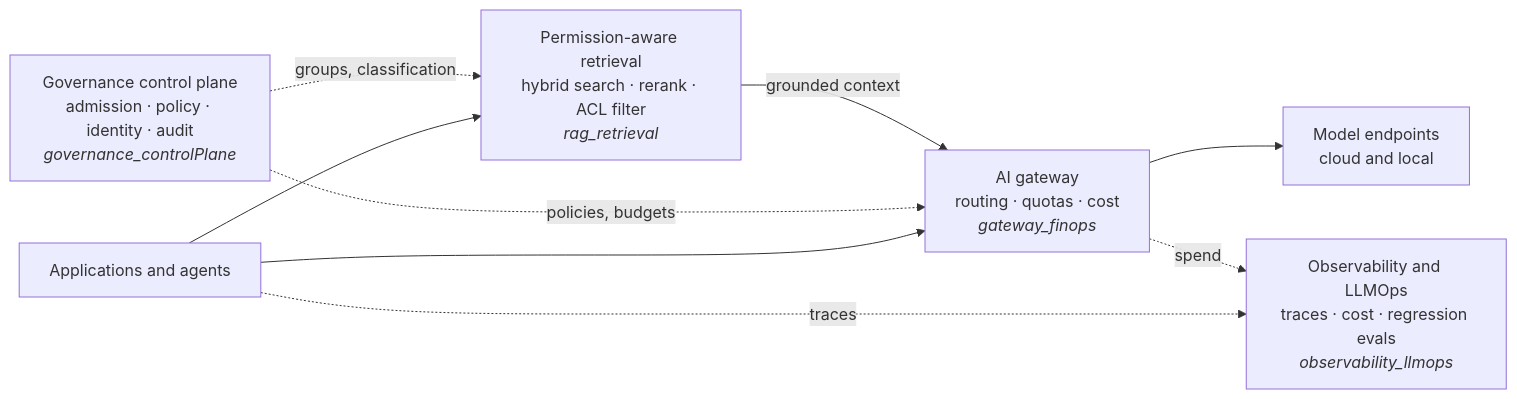
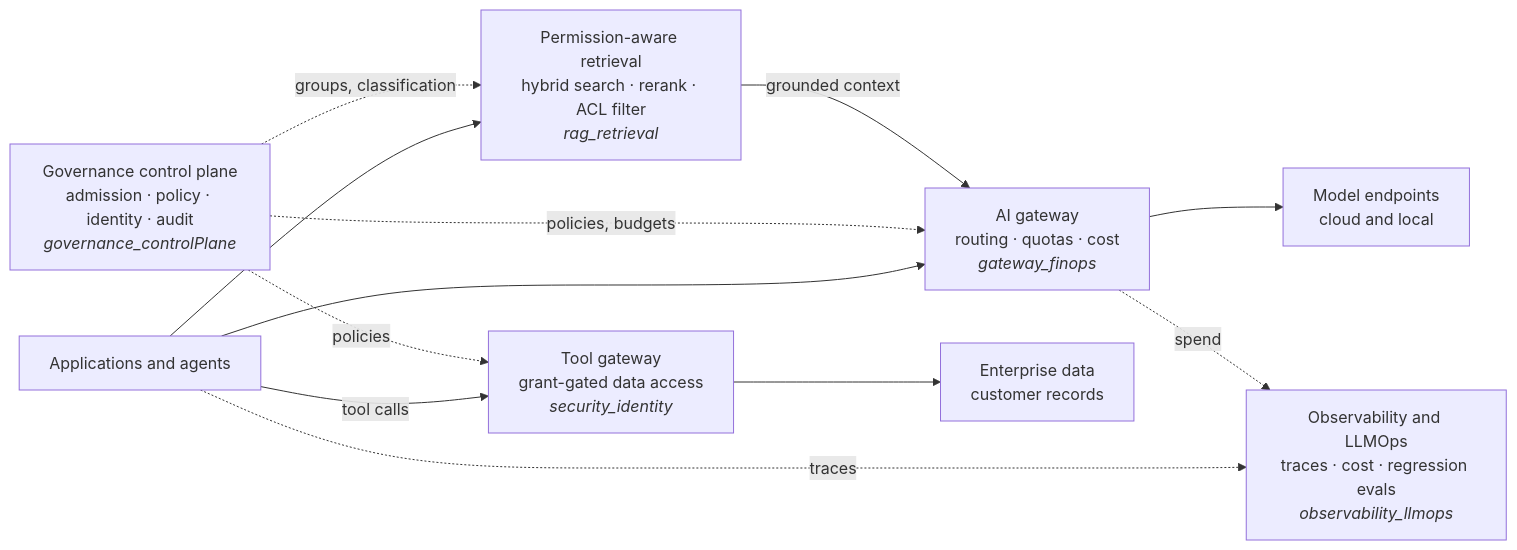
One commit to lolinusrat/enterprise-ai-platform-lab changed the diagram in README.md. Above: the diagram before and after it, drawn with Mermaid. The commit also changed other lines of this file and 24 other files, not shown here.

First line of the commit message:
Add security_identity: authorization-gated tool-calling agent with OPA

````diff
--- a/README.md
+++ b/README.md
@@ -16,12 +17,15 @@
 ```mermaid
 flowchart LR
     Gov["Governance control plane<br/>admission · policy · identity · audit<br/><i>governance_controlPlane</i>"]
     Apps["Applications and agents"] --> GW["AI gateway<br/>routing · quotas · cost<br/><i>gateway_finops</i>"]
     GW --> Models["Model endpoints<br/>cloud and local"]
     Gov -. "policies, budgets" .-> GW
     Apps -. "traces" .-> Obs["Observability and LLMOps<br/>traces · cost · regression evals<br/><i>observability_llmops</i>"]
     GW -. "spend" .-> Obs
+    Apps -- "tool calls" --> TG["Tool gateway<br/>grant-gated data access<br/><i>security_identity</i>"]
+    TG --> Data["Enterprise data<br/>customer records"]
+    Gov -. "policies" .-> TG
     Apps --> RAG["Permission-aware retrieval<br/>hybrid search · rerank · ACL filter<br/><i>rag_retrieval</i>"]
     RAG -- "grounded context" --> GW
     Gov -. "groups, classification" .-> RAG
 ```
````
